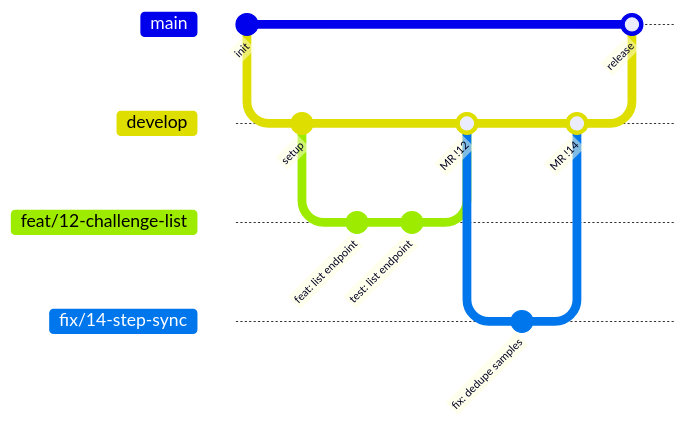
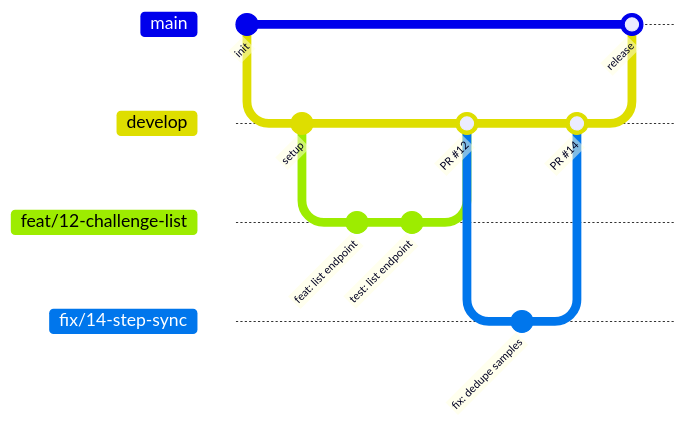
Before and after one commit to huynguyennang-agilityio/claude-code-training: the second of 3 diagrams in docs/workflow.md, drawn with Mermaid. The commit also changed other lines of this file and 16 other files, not shown here.

````diff
--- a/docs/workflow.md
+++ b/docs/workflow.md
@@ -45,20 +45,20 @@
 ```mermaid
 gitGraph
     commit id: "init"
     branch develop
     checkout develop
     commit id: "setup"
     branch feat/12-challenge-list
     checkout feat/12-challenge-list
     commit id: "feat: list endpoint"
     commit id: "test: list endpoint"
     checkout develop
-    merge feat/12-challenge-list id: "MR !12"
+    merge feat/12-challenge-list id: "PR #12"
     branch fix/14-step-sync
     checkout fix/14-step-sync
     commit id: "fix: dedupe samples"
     checkout develop
-    merge fix/14-step-sync id: "MR !14"
+    merge fix/14-step-sync id: "PR #14"
     checkout main
     merge develop id: "release"
 ```
````
